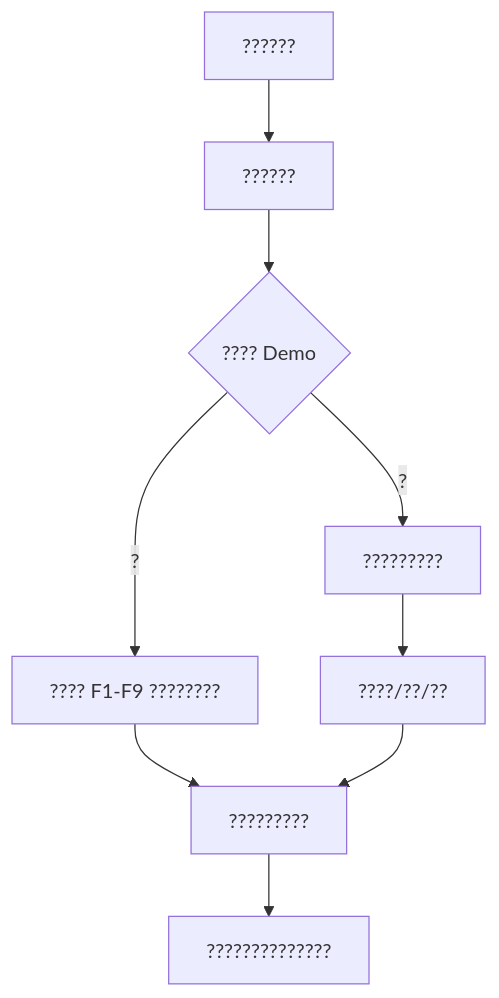
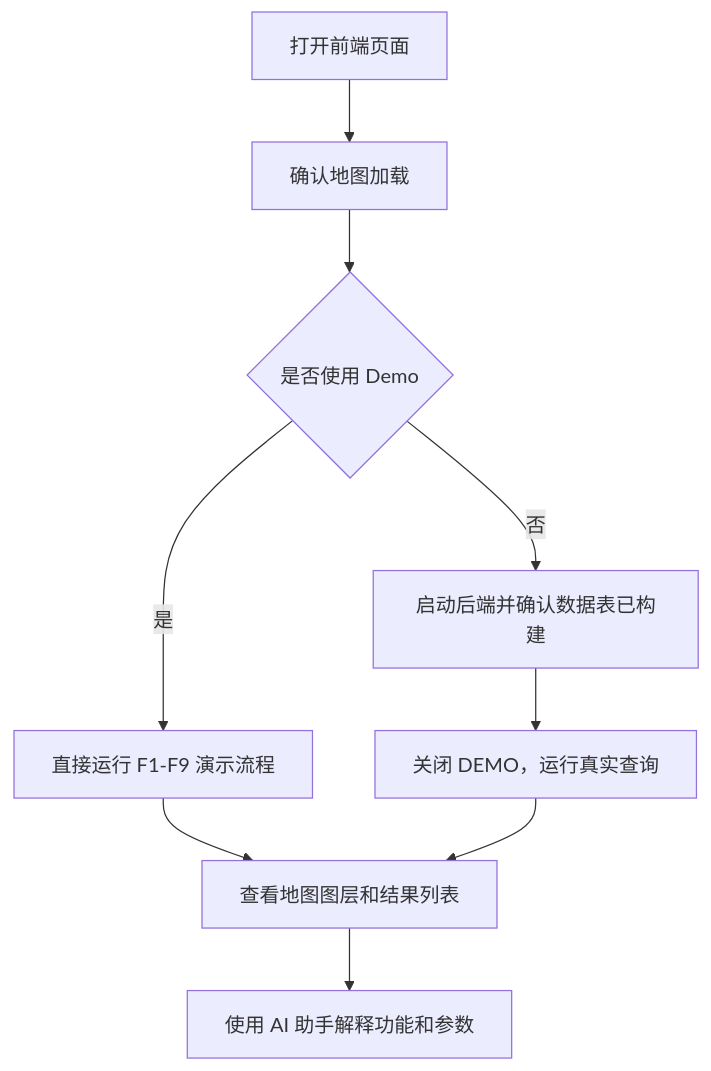
Before and after one commit to vergissxie/Urban_Taxi_Vis: the diagram in docs/02-user-guide/user-manual.md, drawn with Mermaid. The commit also changed other lines of this file and 6 other files, not shown here.

````diff
--- a/docs/02-user-guide/user-manual.md
+++ b/docs/02-user-guide/user-manual.md
@@ -24,11 +18,11 @@
 ```mermaid
 flowchart TD
-  A["??????"] --> B["??????"]
-  B --> C{"???? Demo"}
-  C -->|?| D["???? F1-F9 ????????"]
-  C -->|?| E["?????????"]
-  E --> F["????/??/??"]
-  D --> G["?????????"]
+  A["打开前端页面"] --> B["确认地图加载"]
+  B --> C{"是否使用 Demo"}
+  C -->|是| D["直接运行 F1-F9 演示流程"]
+  C -->|否| E["启动后端并确认数据表已构建"]
+  E --> F["关闭 DEMO，运行真实查询"]
+  D --> G["查看地图图层和结果列表"]
   F --> G
-  G --> H["??????????????"]
+  G --> H["使用 AI 助手解释功能和参数"]
 ```
````
